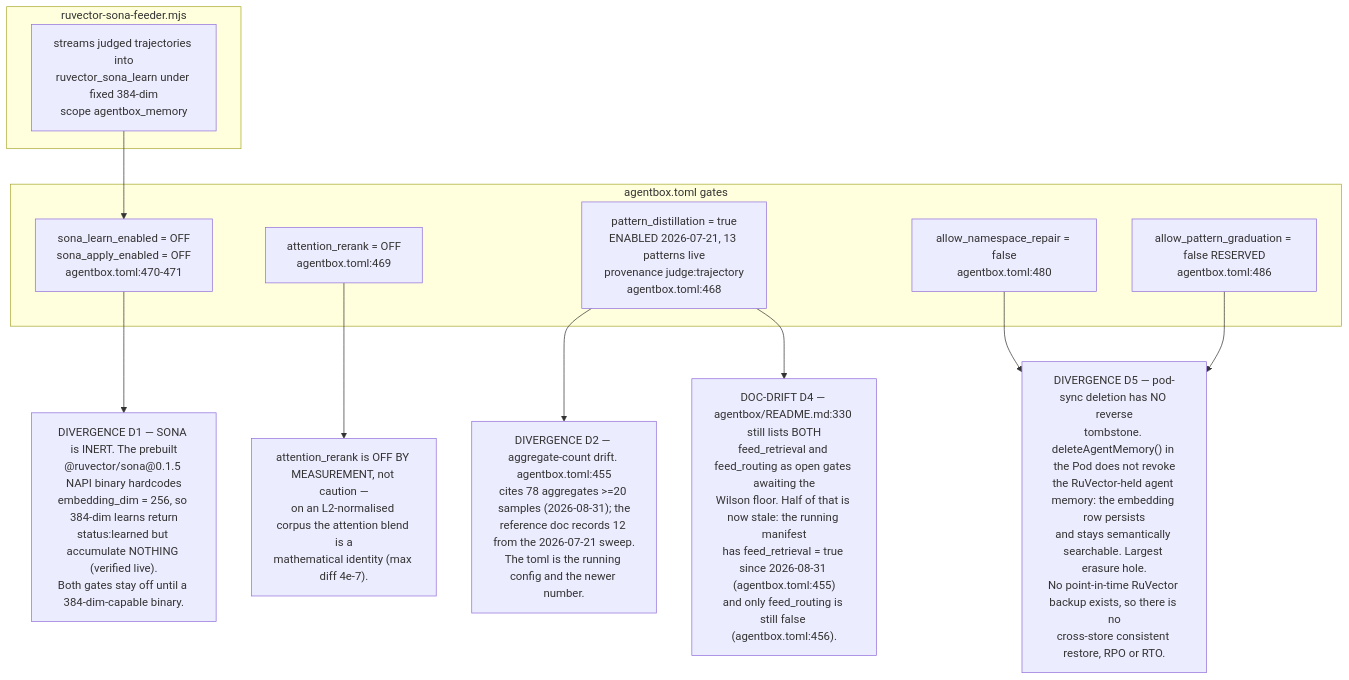
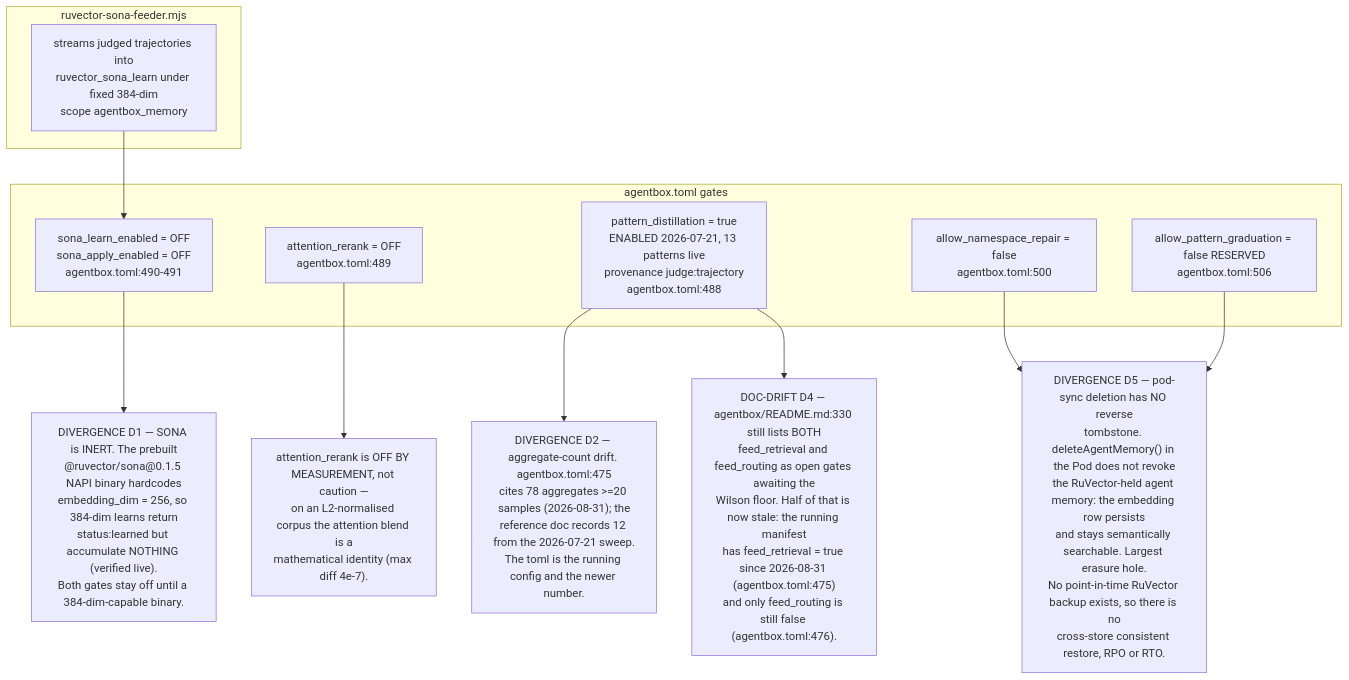
The fifth of 6 diagrams in docs/diagrams/estate/07-memory-and-embedding-estate.md (DreamLab-AI/VisionFlow), drawn with Mermaid before and after one commit. The commit also changed other lines of this file and 111 other files, not shown here.

Commit message:
docs(diagrams): align estate maps with current source

````diff
--- a/docs/diagrams/estate/07-memory-and-embedding-estate.md
+++ b/docs/diagrams/estate/07-memory-and-embedding-estate.md
@@ -156,26 +156,26 @@
 ```mermaid
 flowchart TB
     subgraph feeder["ruvector-sona-feeder.mjs"]
         F1["streams judged trajectories into<br/>ruvector_sona_learn under fixed 384-dim<br/>scope agentbox_memory"]
     end
     subgraph gates["agentbox.toml gates"]
-        G1["sona_learn_enabled = OFF<br/>sona_apply_enabled = OFF<br/>agentbox.toml:470-471"]
-        G2["attention_rerank = OFF<br/>agentbox.toml:469"]
-        G3["pattern_distillation = true<br/>ENABLED 2026-07-21, 13 patterns live<br/>provenance judge:trajectory<br/>agentbox.toml:468"]
-        G4["allow_namespace_repair = false<br/>agentbox.toml:480"]
-        G5["allow_pattern_graduation = false RESERVED<br/>agentbox.toml:486"]
+        G1["sona_learn_enabled = OFF<br/>sona_apply_enabled = OFF<br/>agentbox.toml:490-491"]
+        G2["attention_rerank = OFF<br/>agentbox.toml:489"]
+        G3["pattern_distillation = true<br/>ENABLED 2026-07-21, 13 patterns live<br/>provenance judge:trajectory<br/>agentbox.toml:488"]
+        G4["allow_namespace_repair = false<br/>agentbox.toml:500"]
+        G5["allow_pattern_graduation = false RESERVED<br/>agentbox.toml:506"]
     end
     D1["DIVERGENCE D1 — SONA is INERT. The prebuilt<br/>@ruvector/sona@0.1.5 NAPI binary hardcodes<br/>embedding_dim = 256, so 384-dim learns return<br/>status:learned but accumulate NOTHING (verified live).<br/>Both gates stay off until a 384-dim-capable binary."]
     D1B["attention_rerank is OFF BY MEASUREMENT, not caution —<br/>on an L2-normalised corpus the attention blend is a<br/>mathematical identity (max diff 4e-7)."]
-    D2["DIVERGENCE D2 — aggregate-count drift. agentbox.toml:455<br/>cites 78 aggregates >=20 samples (2026-08-31); the<br/>reference doc records 12 from the 2026-07-21 sweep.<br/>The toml is the running config and the newer number."]
-    D4["DOC-DRIFT D4 — agentbox/README.md:330 still lists BOTH<br/>feed_retrieval and feed_routing as open gates awaiting the<br/>Wilson floor. Half of that is now stale: the running manifest<br/>has feed_retrieval = true since 2026-08-31 (agentbox.toml:455)<br/>and only feed_routing is still false (agentbox.toml:456)."]
+    D2["DIVERGENCE D2 — aggregate-count drift. agentbox.toml:475<br/>cites 78 aggregates >=20 samples (2026-08-31); the<br/>reference doc records 12 from the 2026-07-21 sweep.<br/>The toml is the running config and the newer number."]
+    D4["DOC-DRIFT D4 — agentbox/README.md:330 still lists BOTH<br/>feed_retrieval and feed_routing as open gates awaiting the<br/>Wilson floor. Half of that is now stale: the running manifest<br/>has feed_retrieval = true since 2026-08-31 (agentbox.toml:475)<br/>and only feed_routing is still false (agentbox.toml:476)."]
     D5["DIVERGENCE D5 — pod-sync deletion has NO reverse<br/>tombstone. deleteAgentMemory() in the Pod does not revoke<br/>the RuVector-held agent memory: the embedding row persists<br/>and stays semantically searchable. Largest erasure hole.<br/>No point-in-time RuVector backup exists, so there is no<br/>cross-store consistent restore, RPO or RTO."]
 
     F1 --> G1
     G1 --> D1
     G2 --> D1B
     G3 --> D2
     G3 --> D4
     G4 --> D5
     G5 --> D5
 ```
````
